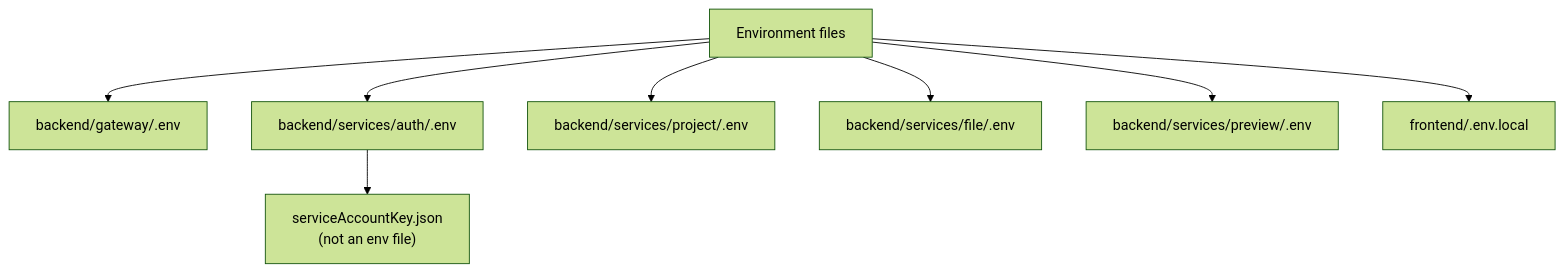
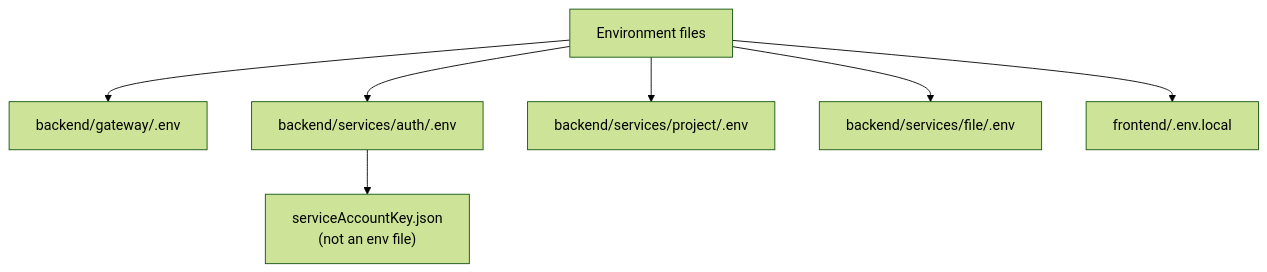
One commit to yamanhassan1/NexPulse changed the diagram in docs/reference/environment-variables.md. Above: the diagram before and after it, drawn with Mermaid (forest theme). The commit also changed other lines of this file and 57 other files, not shown here.

````diff
--- a/docs/reference/environment-variables.md
+++ b/docs/reference/environment-variables.md
@@ -22,10 +20,10 @@
 ```mermaid
 flowchart TD
     ENV["Environment files"] --> GW["backend/gateway/.env"]
     ENV --> AU["backend/services/auth/.env"]
     ENV --> PR["backend/services/project/.env"]
     ENV --> FI["backend/services/file/.env"]
-    ENV --> PV["backend/services/preview/.env"]
+
     ENV --> FE["frontend/.env.local"]
     AU --> KEY["serviceAccountKey.json<br>(not an env file)"]
 ```
````
